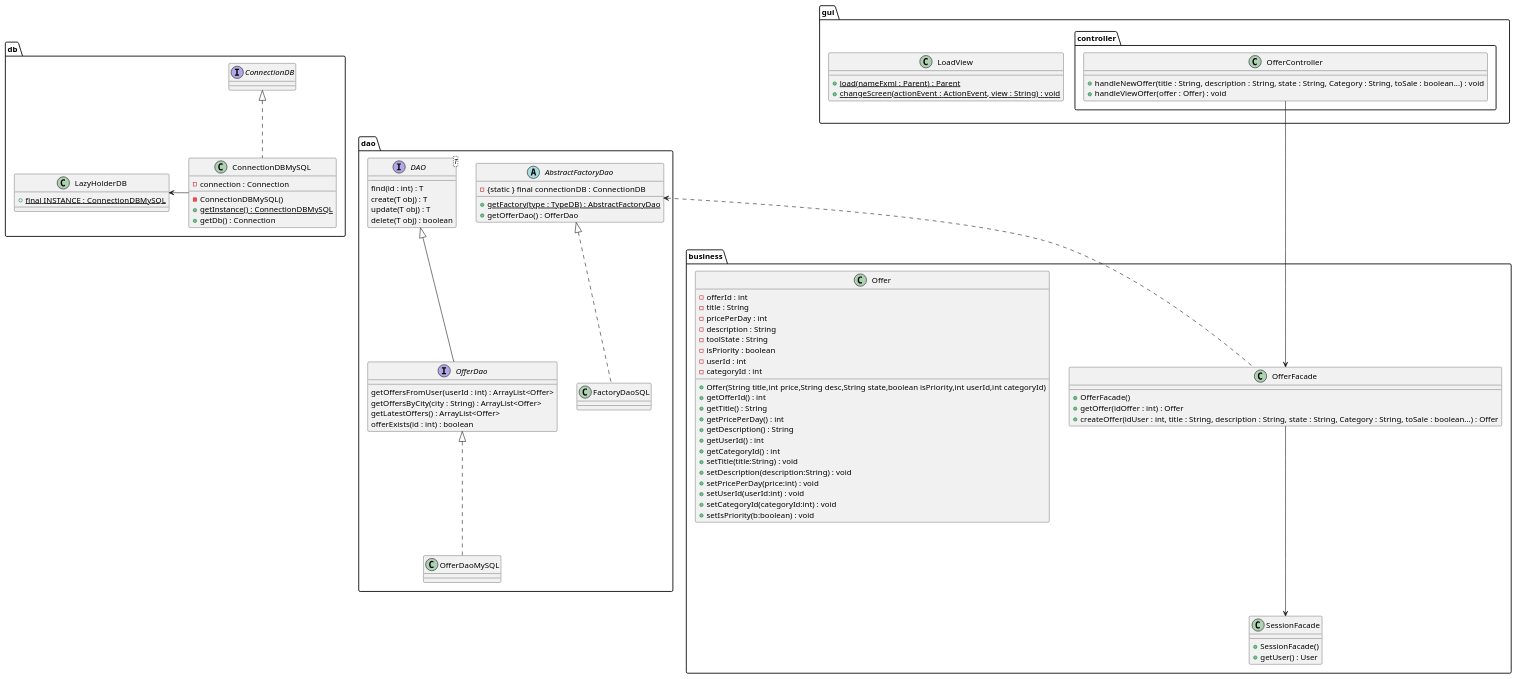
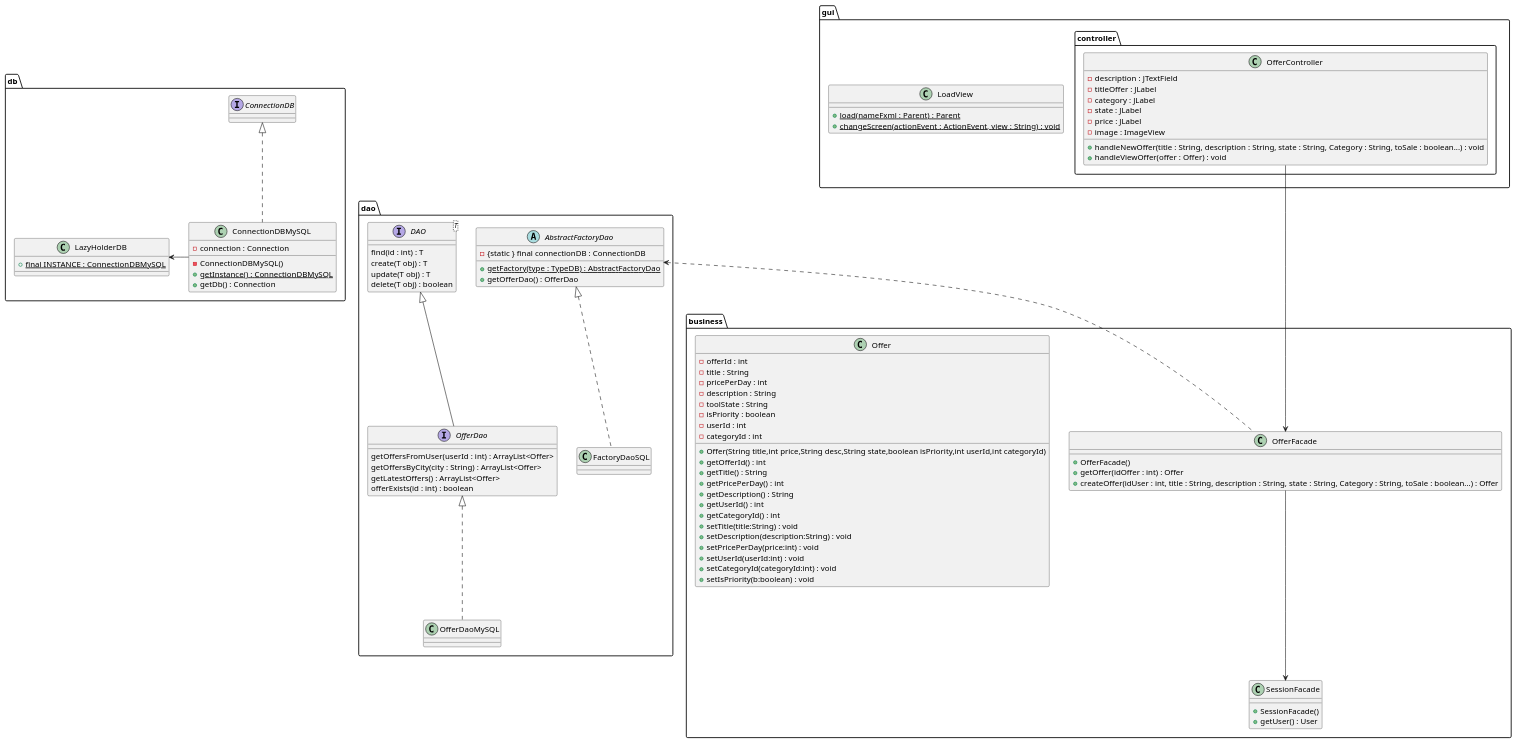
One commit to LaunoisRemy/ToolShare changed the diagram in documents/diagram/offer/offerClass.puml. Above: the diagram before and after it, drawn with PlantUML. The commit also changed 1 other file, not shown here.

Commit message:
UML : add attribute FXML offerClass.puml

```diff
--- a/documents/diagram/offer/offerClass.puml
+++ b/documents/diagram/offer/offerClass.puml
@@ -1,112 +1,118 @@
 @startuml
 
 package dao {
 
 
     interface OfferDao{
         getOffersFromUser(userId : int) : ArrayList<Offer>
         getOffersByCity(city : String) : ArrayList<Offer>
         getLatestOffers() : ArrayList<Offer>
         offerExists(id : int) : boolean
     }
     class OfferDaoMySQL
     FactoryDaoSQL .up.|> AbstractFactoryDao
     OfferDaoMySQL .up.|> OfferDao
 
 
     interface DAO<T>{
         find(id : int) : T
         create(T obj) : T
         update(T obj) : T
         delete(T obj) : boolean
     }
 
     abstract AbstractFactoryDao{
         - {static } final connectionDB : ConnectionDB
         + {static} getFactory(type : TypeDB) : AbstractFactoryDao
         + getOfferDao() : OfferDao
     }
 
     class FactoryDaoSQL{
     }
 
 
     DAO <|-- OfferDao
 }
 package db{
     class ConnectionDBMySQL{
         - connection : Connection
         - ConnectionDBMySQL()
         + {static} getInstance() : ConnectionDBMySQL
         + getDb() : Connection
     }
 
     class LazyHolderDB{
         + {static} final INSTANCE : ConnectionDBMySQL
     }
     interface ConnectionDB
     ConnectionDBMySQL -Left-> LazyHolderDB
     ConnectionDBMySQL .up.|> ConnectionDB
 
 }
 package business{
     class SessionFacade{
         + SessionFacade()
         + getUser() : User
     }
 
     class Offer{
         -offerId : int
         -title : String
         -pricePerDay : int
         -description : String
         -toolState : String
         -isPriority : boolean
         -userId : int
         -categoryId : int
         + Offer(String title,int price,String desc,String state,boolean isPriority,int userId,int categoryId)
         + getOfferId() : int
         + getTitle() : String
         + getPricePerDay() : int
         + getDescription() : String
         + getUserId() : int
         + getCategoryId() : int
         + setTitle(title:String) : void
         + setDescription(description:String) : void
         + setPricePerDay(price:int) : void
         + setUserId(userId:int) : void
         + setCategoryId(categoryId:int) : void
         + setIsPriority(b:boolean) : void
     }
 
 
     class OfferFacade{
         + OfferFacade()
         + getOffer(idOffer : int) : Offer
         + createOffer(idUser : int, title : String, description : String, state : String, Category : String, toSale : boolean...) : Offer
     }
 
 }
 
 package gui{
 
     class LoadView{
         + {static} load(nameFxml : Parent) : Parent
         + {static} changeScreen(actionEvent : ActionEvent, view : String) : void
     }
 
     package controller{
         class OfferController{
+            - description : JTextField
+            - titleOffer : JLabel
+            - category : JLabel
+            - state : JLabel
+            - price : JLabel
+            - image : ImageView
             + handleNewOffer(title : String, description : String, state : String, Category : String, toSale : boolean...) : void
             + handleViewOffer(offer : Offer) : void
         }
 
     }
 }
 OfferFacade <--Up- OfferController
 SessionFacade <--Up- OfferFacade
 OfferFacade .Up.> AbstractFactoryDao
 
 
 
 @enduml
```
